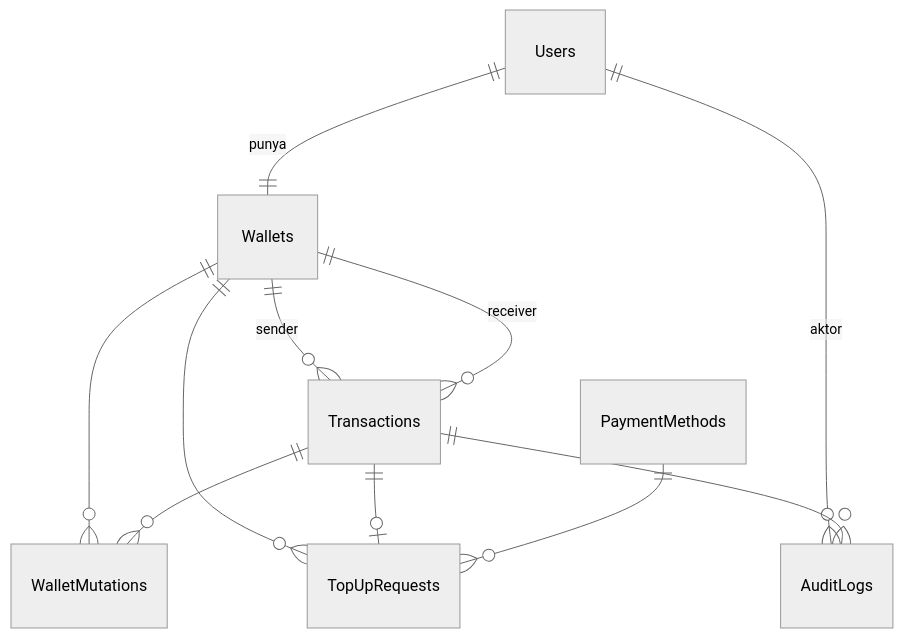
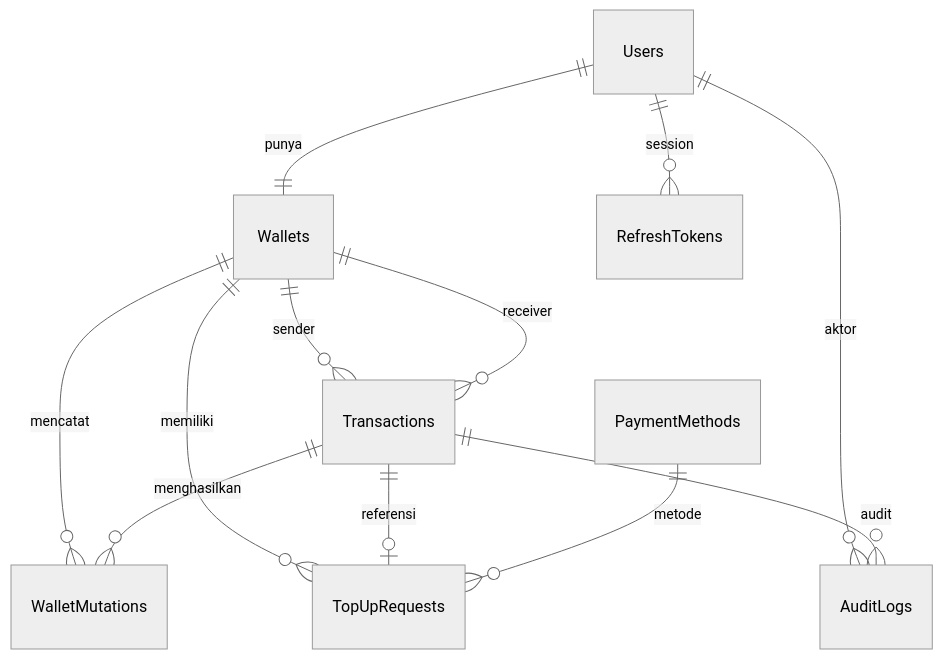
One commit to icangku/koda-b1-weekly7 changed the diagram in README.md. Above: the diagram before and after it, drawn with Mermaid (neutral theme). The commit also changed other lines of this file, not shown here.

````diff
--- a/README.md
+++ b/README.md
@@ -69,13 +150,14 @@
 ```mermaid
 erDiagram
     Users ||--|| Wallets : punya
     Users ||--o{ AuditLogs : aktor
+    Users ||--o{ RefreshTokens : session
     Wallets ||--o{ Transactions : sender
     Wallets ||--o{ Transactions : receiver
-    Wallets ||--o{ WalletMutations : ""
-    Wallets ||--o{ TopUpRequests : ""
-    Transactions ||--o{ WalletMutations : ""
-    Transactions ||--o| TopUpRequests : ""
-    Transactions ||--o{ AuditLogs : ""
-    PaymentMethods ||--o{ TopUpRequests : ""
+    Wallets ||--o{ WalletMutations : mencatat
+    Wallets ||--o{ TopUpRequests : memiliki
+    Transactions ||--o{ WalletMutations : menghasilkan
+    Transactions ||--o| TopUpRequests : referensi
+    Transactions ||--o{ AuditLogs : audit
+    PaymentMethods ||--o{ TopUpRequests : metode
 ```
````
